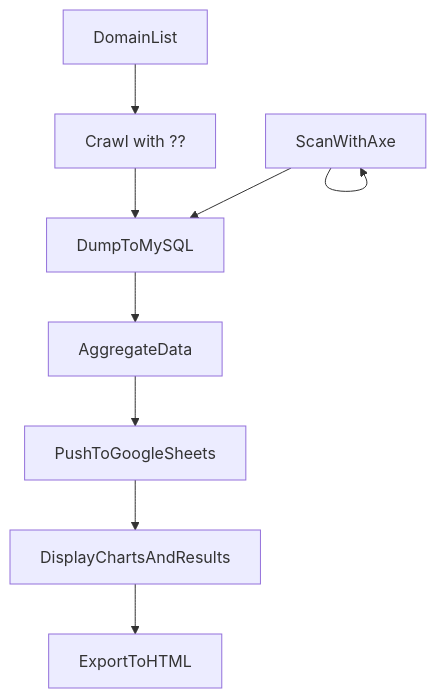
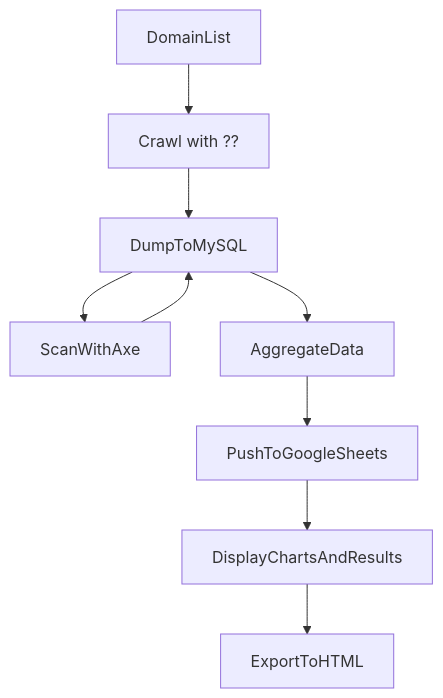
Before and after one commit to mgifford/mermaid-graphs: the diagram in a11y-data-crawls.md, drawn with Mermaid.

Commit message:
fix dump to db

````diff
--- a/a11y-data-crawls.md
+++ b/a11y-data-crawls.md
@@ -5,11 +5,11 @@
 ```mermaid
 graph TD
     DomainList-->Crawl4URLs;
     Crawl4URLs[Crawl with ??]-->DumpToMySQL;
-    ScanWithAxe-->ScanWithAxe;
+    DumpToMySQL-->ScanWithAxe;
     ScanWithAxe-->DumpToMySQL;
     DumpToMySQL-->AggregateData;
     AggregateData-->PushToGoogleSheets;
     PushToGoogleSheets-->DisplayChartsAndResults;
     DisplayChartsAndResults-->ExportToHTML;
 ```
````
